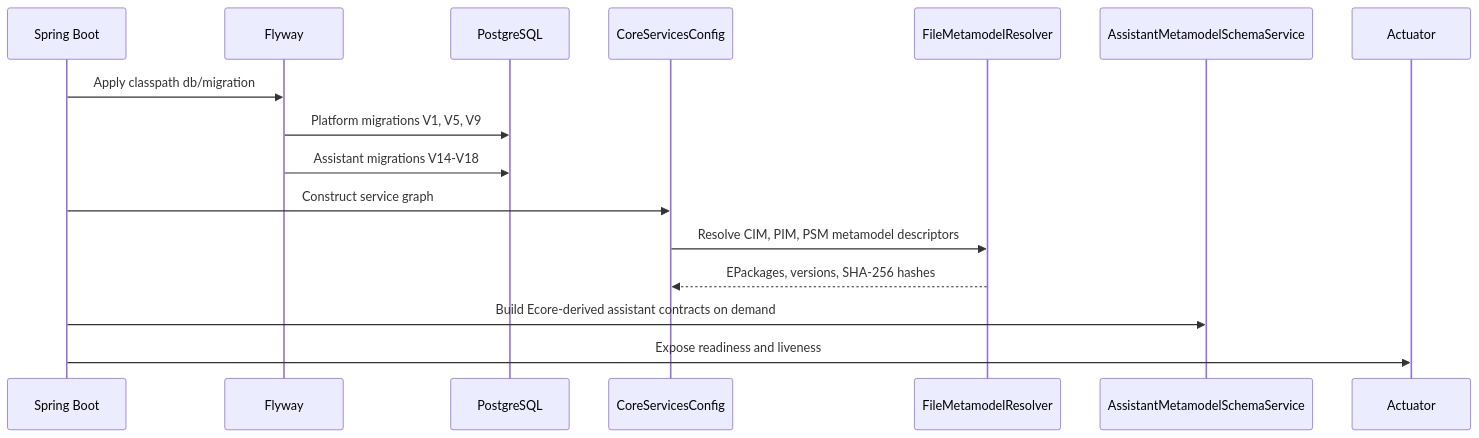
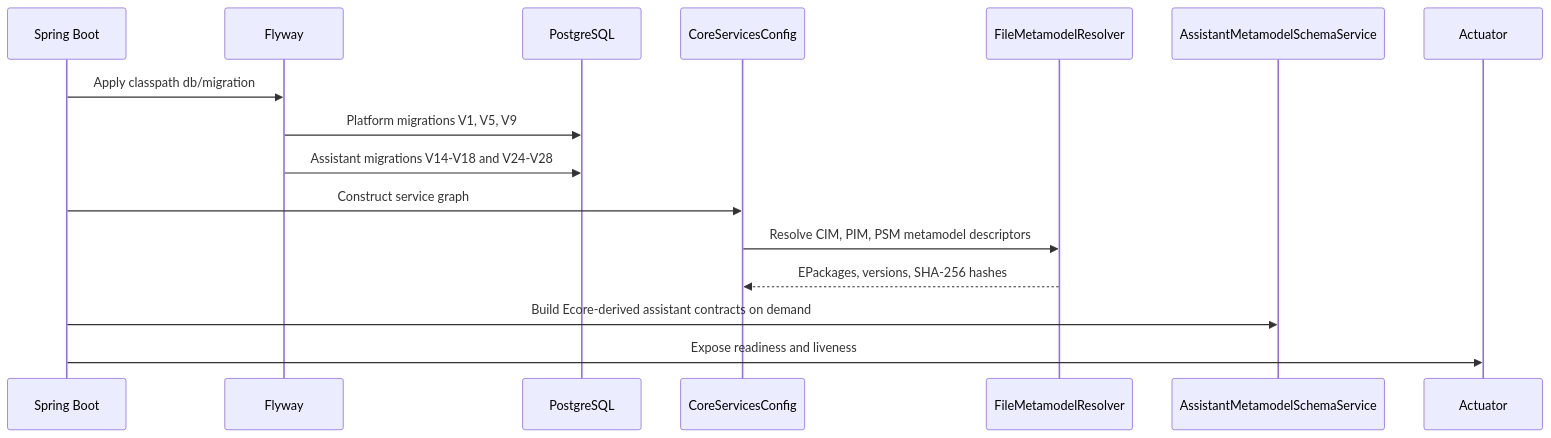
The second of 2 diagrams in docs/diagrams/04-deployment-and-runtime.md (mehdieidi/modriss), drawn with Mermaid before and after one commit. The commit also changed other lines of this file and 66 other files, not shown here.

````diff
--- a/docs/diagrams/04-deployment-and-runtime.md
+++ b/docs/diagrams/04-deployment-and-runtime.md
@@ -67,19 +67,19 @@
 ```mermaid
 sequenceDiagram
     participant Boot as Spring Boot
     participant Flyway
     participant DB as PostgreSQL
     participant Core as CoreServicesConfig
     participant Meta as FileMetamodelResolver
     participant Contracts as AssistantMetamodelSchemaService
     participant Health as Actuator
 
     Boot->>Flyway: Apply classpath db/migration
     Flyway->>DB: Platform migrations V1, V5, V9
-    Flyway->>DB: Assistant migrations V14-V18
+    Flyway->>DB: Assistant migrations V14-V18 and V24-V28
     Boot->>Core: Construct service graph
     Core->>Meta: Resolve CIM, PIM, PSM metamodel descriptors
     Meta-->>Core: EPackages, versions, SHA-256 hashes
     Boot->>Contracts: Build Ecore-derived assistant contracts on demand
     Boot->>Health: Expose readiness and liveness
 ```
````
